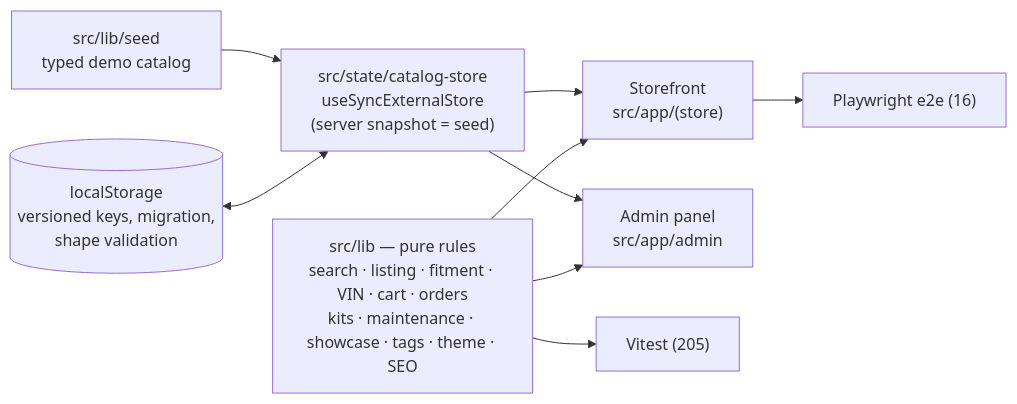
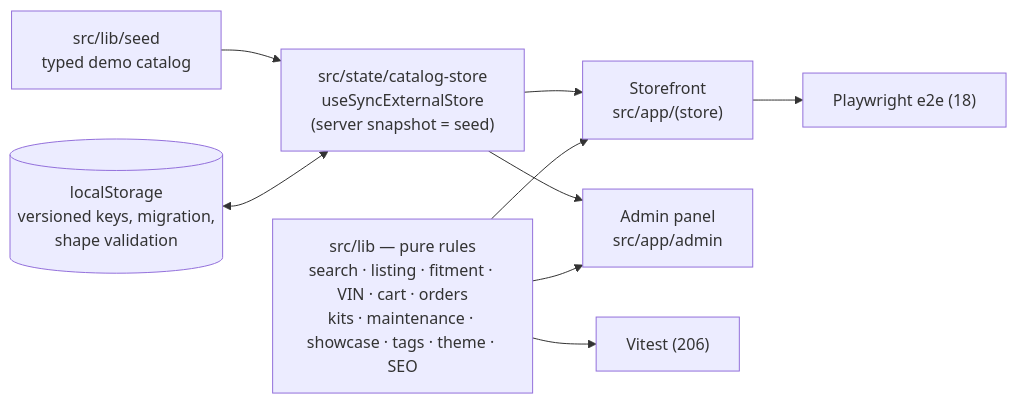
The diagram in README.md (kursatdemirdelen/car-parts-shop), drawn with Mermaid before and after one commit. The commit also changed other lines of this file and 5 other files, not shown here.

````diff
--- a/README.md
+++ b/README.md
@@ -168,11 +168,11 @@
 ```mermaid
 flowchart LR
   seed["src/lib/seed<br/>typed demo catalog"] --> store["src/state/catalog-store<br/>useSyncExternalStore<br/>(server snapshot = seed)"]
   ls[("localStorage<br/>versioned keys, migration,<br/>shape validation")] <--> store
   store --> storefront["Storefront<br/>src/app/(store)"]
   store --> admin["Admin panel<br/>src/app/admin"]
   rules["src/lib — pure rules<br/>search · listing · fitment · VIN · cart · orders<br/>kits · maintenance · showcase · tags · theme · SEO"] --> storefront
   rules --> admin
-  rules --> tests["Vitest (205)"]
-  storefront --> e2e["Playwright e2e (16)"]
+  rules --> tests["Vitest (206)"]
+  storefront --> e2e["Playwright e2e (18)"]
 ```
````
